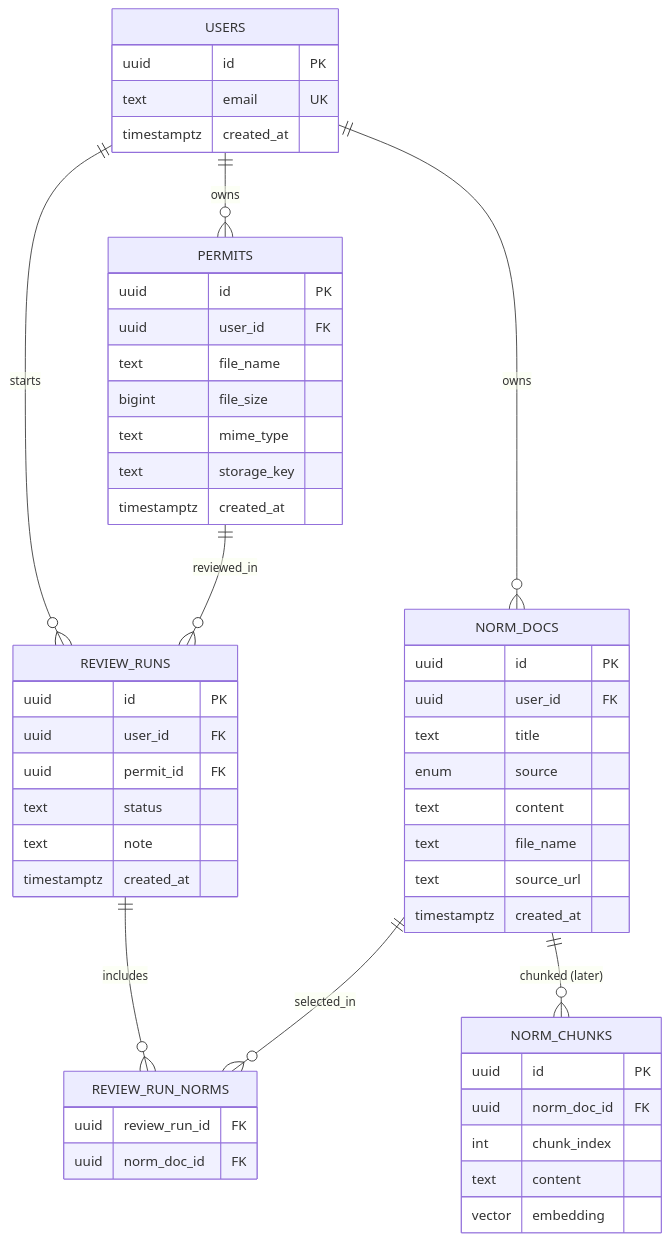
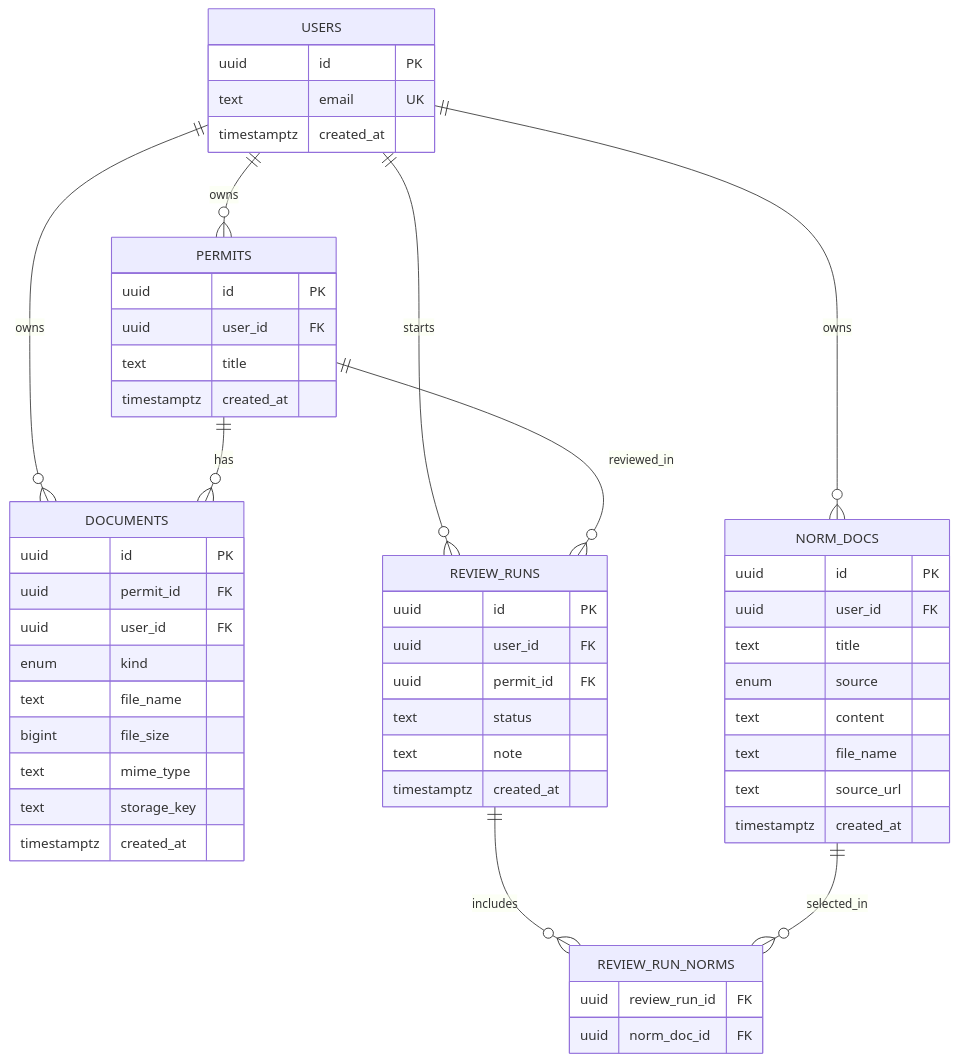
The diagram in docs/database.md (kathanjayshah/BuilddingPermitAI), drawn with Mermaid before and after one commit. The commit also changed other lines of this file and 28 other files, not shown here.

First line of the commit message:
feat: restructure permits and documents handling in API and frontend

````diff
--- a/docs/database.md
+++ b/docs/database.md
@@ -72,59 +64,61 @@
 ```mermaid
 erDiagram
   USERS ||--o{ PERMITS : owns
+  USERS ||--o{ DOCUMENTS : owns
   USERS ||--o{ NORM_DOCS : owns
   USERS ||--o{ REVIEW_RUNS : starts
+  PERMITS ||--o{ DOCUMENTS : has
   PERMITS ||--o{ REVIEW_RUNS : reviewed_in
   REVIEW_RUNS ||--o{ REVIEW_RUN_NORMS : includes
   NORM_DOCS ||--o{ REVIEW_RUN_NORMS : selected_in
-  NORM_DOCS ||--o{ NORM_CHUNKS : "chunked (later)"
 
   USERS {
     uuid id PK
     text email UK
     timestamptz created_at
   }
 
   PERMITS {
     uuid id PK
     uuid user_id FK
+    text title
+    timestamptz created_at
+  }
+
+  DOCUMENTS {
+    uuid id PK
+    uuid permit_id FK
+    uuid user_id FK
+    enum kind
     text file_name
     bigint file_size
     text mime_type
     text storage_key
     timestamptz created_at
   }
 
   NORM_DOCS {
     uuid id PK
     uuid user_id FK
     text title
     enum source
     text content
     text file_name
     text source_url
     timestamptz created_at
   }
 
   REVIEW_RUNS {
     uuid id PK
     uuid user_id FK
     uuid permit_id FK
     text status
     text note
     timestamptz created_at
   }
 
   REVIEW_RUN_NORMS {
     uuid review_run_id FK
     uuid norm_doc_id FK
   }
-
-  NORM_CHUNKS {
-    uuid id PK
-    uuid norm_doc_id FK
-    int chunk_index
-    text content
-    vector embedding
-  }
 ```
````
